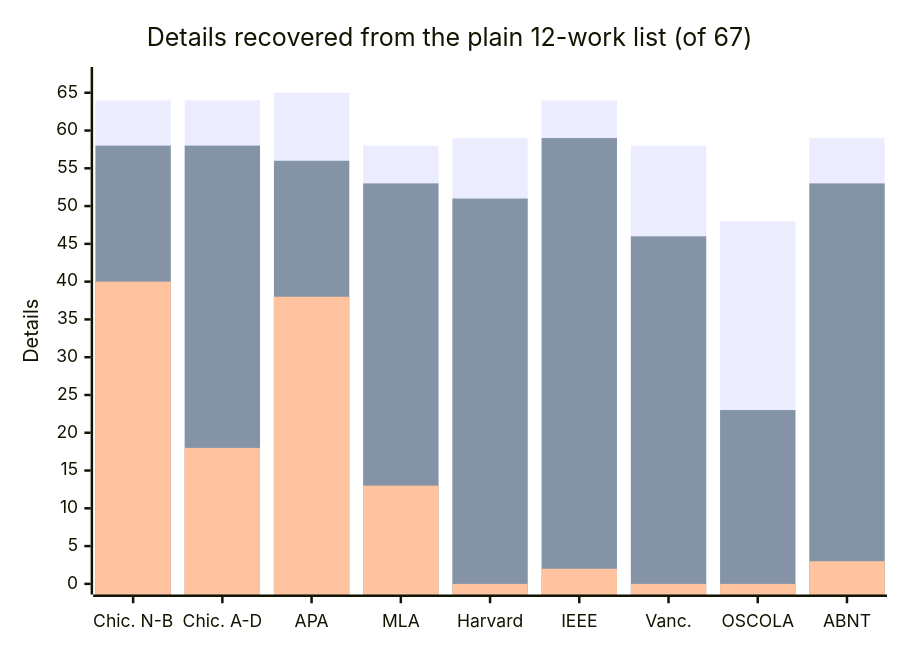
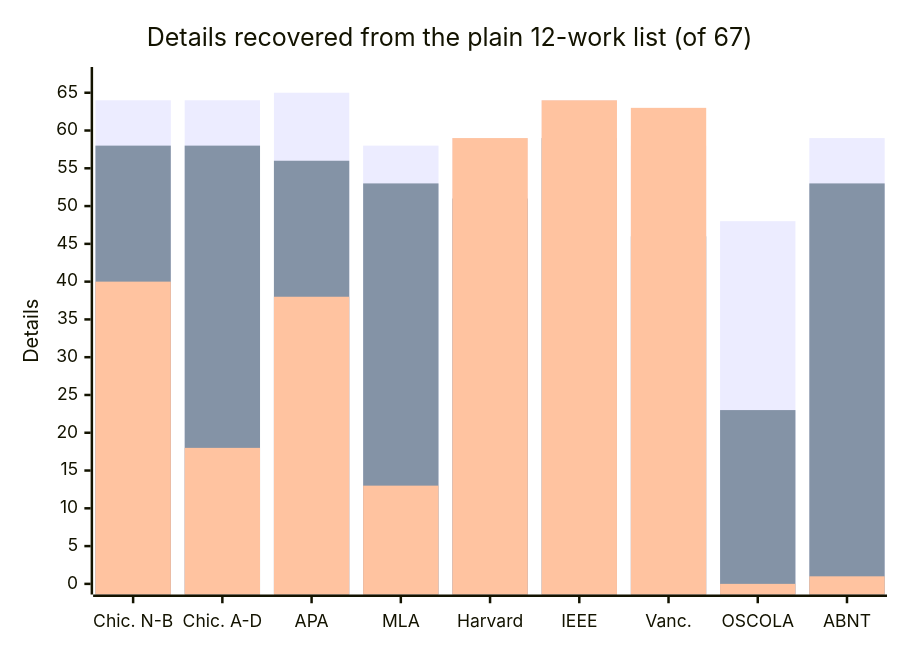
The diagram in docs/free-text-parsing.md (dknauss/Borges), drawn with Mermaid before and after one commit. The commit also changed other lines of this file and 21 other files, not shown here.

````diff
--- a/docs/free-text-parsing.md
+++ b/docs/free-text-parsing.md
@@ -71,9 +75,9 @@
 ```mermaid
 xychart-beta
     title "Details recovered from the plain 12-work list (of 67)"
     x-axis ["Chic. N-B", "Chic. A-D", "APA", "MLA", "Harvard", "IEEE", "Vanc.", "OSCOLA", "ABNT"]
     y-axis "Details" 0 --> 67
     bar [64, 64, 65, 58, 59, 64, 58, 48, 59]
     bar [58, 58, 56, 53, 51, 59, 46, 23, 53]
-    bar [40, 18, 38, 13, 0, 2, 0, 0, 3]
+    bar [40, 18, 38, 13, 59, 64, 63, 0, 1]
 ```
````
